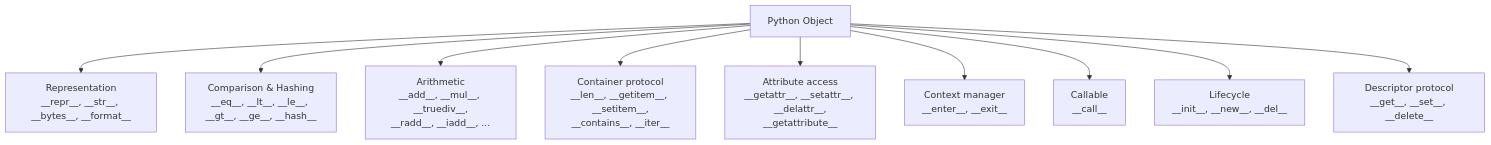
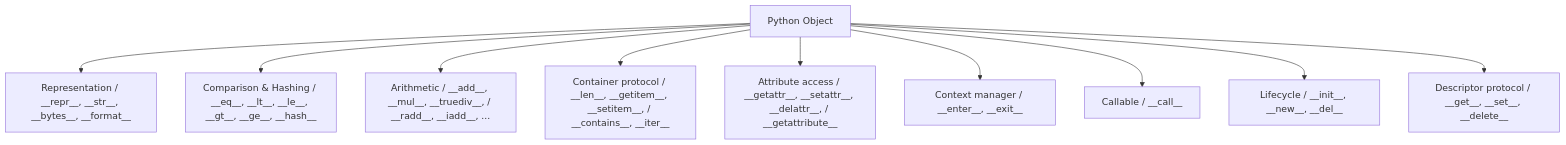
One commit to dantesaurusrex9/notes-gilgamesh changed the second of 2 diagrams in Programming-Languages/Python/2-the-data-model-objects-references-identity.md. Above: the diagram before and after it, drawn with Mermaid. The commit also changed other lines of this file and 919 other files, not shown here.

````diff
--- a/Programming-Languages/Python/2-the-data-model-objects-references-identity.md
+++ b/Programming-Languages/Python/2-the-data-model-objects-references-identity.md
@@ -206,12 +218,12 @@
 ```mermaid
 flowchart TD
-    OBJ["Python Object"] --> REPR["Representation<br/>__repr__, __str__, __bytes__, __format__"]
-    OBJ --> COMP["Comparison & Hashing<br/>__eq__, __lt__, __le__, __gt__, __ge__, __hash__"]
-    OBJ --> ARITH["Arithmetic<br/>__add__, __mul__, __truediv__,<br/>__radd__, __iadd__, ..."]
-    OBJ --> CONT["Container protocol<br/>__len__, __getitem__, __setitem__,<br/>__contains__, __iter__"]
-    OBJ --> ATTR["Attribute access<br/>__getattr__, __setattr__, __delattr__,<br/>__getattribute__"]
-    OBJ --> CTX["Context manager<br/>__enter__, __exit__"]
-    OBJ --> CALL["Callable<br/>__call__"]
-    OBJ --> LIFE["Lifecycle<br/>__init__, __new__, __del__"]
-    OBJ --> DESC["Descriptor protocol<br/>__get__, __set__, __delete__"]
+    OBJ["Python Object"] --> REPR["Representation / __repr__, __str__, __bytes__, __format__"]
+    OBJ --> COMP["Comparison & Hashing / __eq__, __lt__, __le__, __gt__, __ge__, __hash__"]
+    OBJ --> ARITH["Arithmetic / __add__, __mul__, __truediv__, / __radd__, __iadd__, ..."]
+    OBJ --> CONT["Container protocol / __len__, __getitem__, __setitem__, / __contains__, __iter__"]
+    OBJ --> ATTR["Attribute access / __getattr__, __setattr__, __delattr__, / __getattribute__"]
+    OBJ --> CTX["Context manager / __enter__, __exit__"]
+    OBJ --> CALL["Callable / __call__"]
+    OBJ --> LIFE["Lifecycle / __init__, __new__, __del__"]
+    OBJ --> DESC["Descriptor protocol / __get__, __set__, __delete__"]
 ```
````
